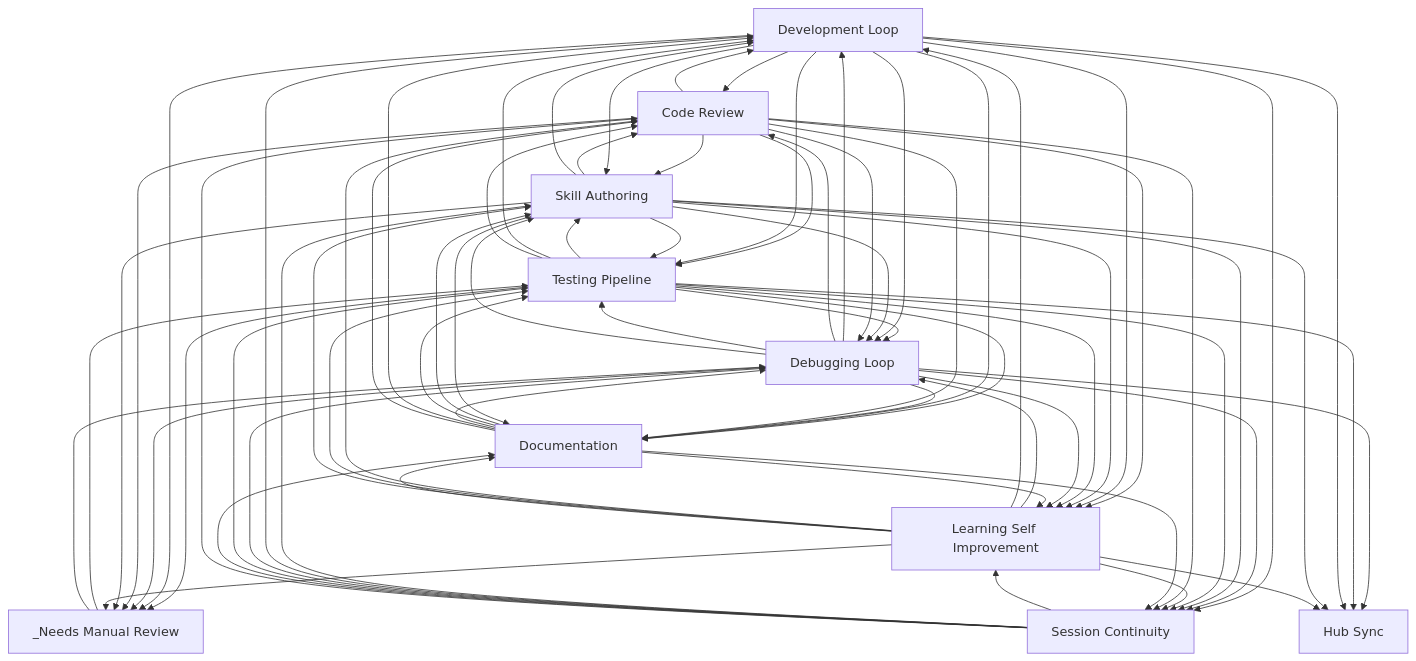
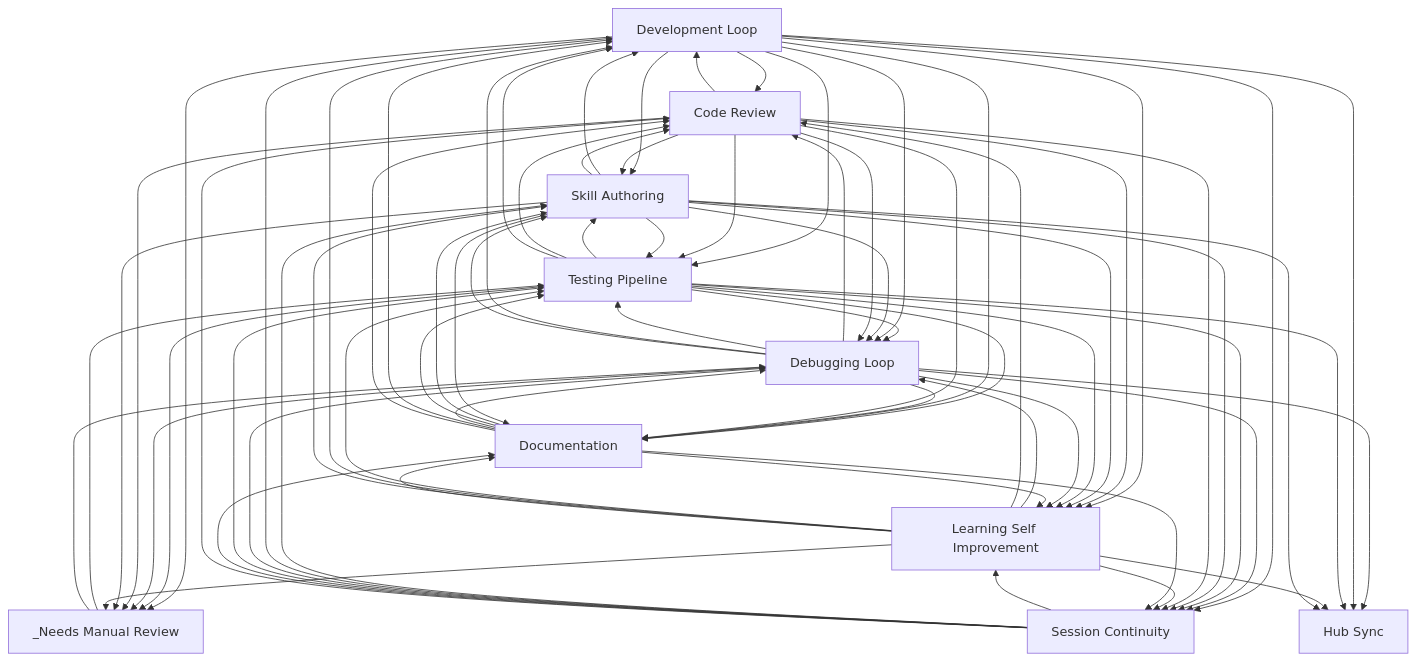
One commit to abhayla/claude-best-practices changed the diagram in docs/workflows/INDEX.md. Above: the diagram before and after it, drawn with Mermaid. The commit also changed other lines of this file and 12 other files, not shown here.

````diff
--- a/docs/workflows/INDEX.md
+++ b/docs/workflows/INDEX.md
@@ -22,82 +22,82 @@
 ```mermaid
 graph TD
     development_loop[Development Loop]
     testing_pipeline[Testing Pipeline]
     debugging_loop[Debugging Loop]
     learning_self_improvement[Learning Self Improvement]
     session_continuity[Session Continuity]
     skill_authoring[Skill Authoring]
     code_review[Code Review]
     documentation[Documentation]
     hub_sync[Hub Sync]
     _needs_manual_review[_Needs Manual Review]
     documentation --> skill_authoring
     documentation --> testing_pipeline
-    code_review --> skill_authoring
-    code_review --> development_loop
     development_loop --> code_review
     development_loop --> skill_authoring
+    code_review --> development_loop
+    code_review --> skill_authoring
+    development_loop --> learning_self_improvement
+    development_loop --> testing_pipeline
     code_review --> learning_self_improvement
     code_review --> testing_pipeline
-    development_loop --> learning_self_improvement
-    development_loop --> testing_pipeline
     skill_authoring --> testing_pipeline
     testing_pipeline --> skill_authoring
     testing_pipeline --> debugging_loop
+    testing_pipeline --> code_review
     testing_pipeline --> development_loop
-    testing_pipeline --> code_review
     testing_pipeline --> documentation
-    debugging_loop --> development_loop
     debugging_loop --> code_review
     debugging_loop --> testing_pipeline
+    debugging_loop --> development_loop
     debugging_loop --> skill_authoring
     development_loop --> debugging_loop
     development_loop --> documentation
     debugging_loop --> documentation
+    skill_authoring --> development_loop
     skill_authoring --> code_review
-    skill_authoring --> development_loop
     skill_authoring --> learning_self_improvement
+    development_loop --> _needs_manual_review
     testing_pipeline --> _needs_manual_review
-    development_loop --> _needs_manual_review
     code_review --> documentation
     session_continuity --> learning_self_improvement
     development_loop --> session_continuity
     _needs_manual_review --> testing_pipeline
     testing_pipeline --> learning_self_improvement
     debugging_loop --> session_continuity
+    testing_pipeline --> session_continuity
     skill_authoring --> session_continuity
-    testing_pipeline --> session_continuity
     skill_authoring --> debugging_loop
     _needs_manual_review --> debugging_loop
     debugging_loop --> learning_self_improvement
     learning_self_improvement --> debugging_loop
-    learning_self_improvement --> development_loop
     learning_self_improvement --> code_review
     learning_self_improvement --> testing_pipeline
+    learning_self_improvement --> development_loop
     learning_self_improvement --> skill_authoring
     code_review --> debugging_loop
     debugging_loop --> _needs_manual_review
     code_review --> _needs_manual_review
     skill_authoring --> _needs_manual_review
     skill_authoring --> documentation
+    code_review --> session_continuity
     learning_self_improvement --> session_continuity
-    code_review --> session_continuity
     session_continuity --> skill_authoring
     session_continuity --> development_loop
     session_continuity --> debugging_loop
     session_continuity --> testing_pipeline
     debugging_loop --> hub_sync
+    development_loop --> hub_sync
     testing_pipeline --> hub_sync
-    development_loop --> hub_sync
+    learning_self_improvement --> hub_sync
     skill_authoring --> hub_sync
-    learning_self_improvement --> hub_sync
     learning_self_improvement --> _needs_manual_review
     documentation --> debugging_loop
     documentation --> development_loop
     documentation --> learning_self_improvement
     learning_self_improvement --> documentation
     session_continuity --> documentation
     session_continuity --> code_review
     documentation --> code_review
     documentation --> session_continuity
 ```
````
